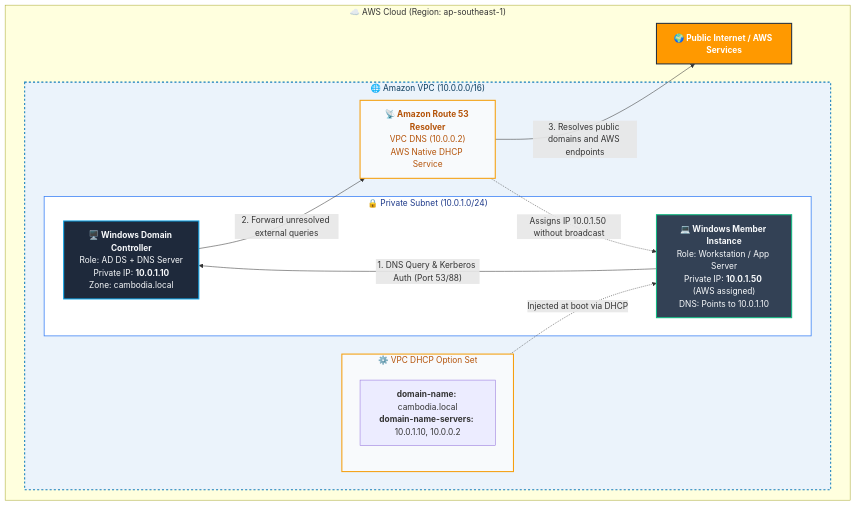
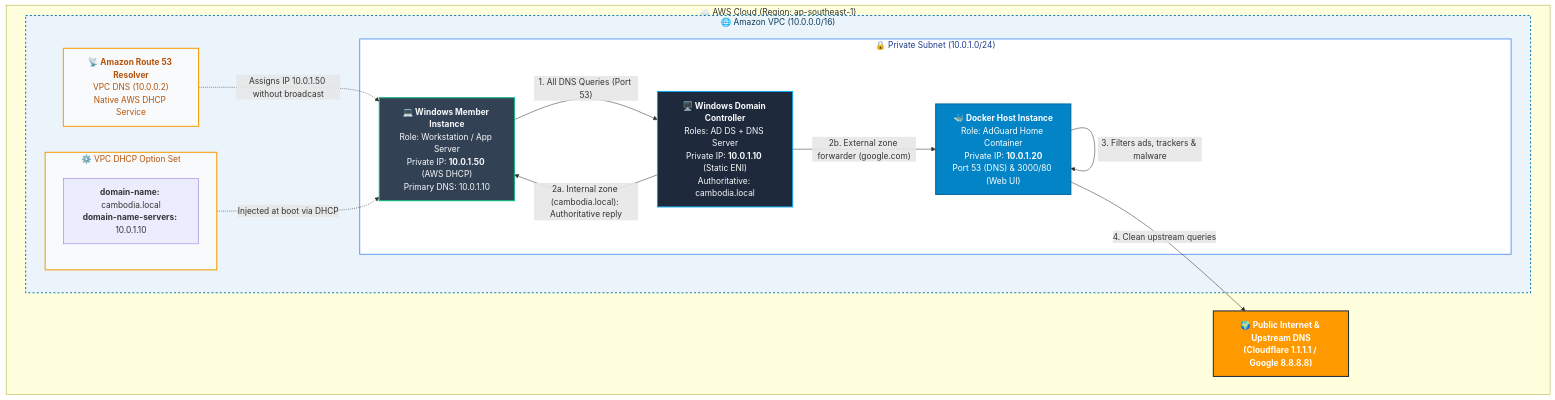
One commit to seang454/window-server-deploymennt changed the diagram in aws-dns-architecture.md. Above: the diagram before and after it, drawn with Mermaid. The commit also changed other lines of this file and 1 other file, not shown here.

````diff
--- a/aws-dns-architecture.md
+++ b/aws-dns-architecture.md
@@ -19,44 +15,49 @@
 ```mermaid
 flowchart TB
     %% Styling Definitions
     classDef aws fill:#FF9900,stroke:#232F3E,stroke-width:2px,color:#FFFFFF,font-weight:bold;
     classDef vpc fill:#EBF3FB,stroke:#147EBA,stroke-width:2px,stroke-dasharray: 4 4,color:#0B3C5D;
     classDef subnet fill:#FFFFFF,stroke:#3B82F6,stroke-width:1.5px,color:#1E3A8A;
     classDef server fill:#1E293B,stroke:#0EA5E9,stroke-width:2px,color:#F8FAFC;
+    classDef docker fill:#0284C7,stroke:#0369A1,stroke-width:2px,color:#FFFFFF;
     classDef client fill:#334155,stroke:#10B981,stroke-width:2px,color:#F8FAFC;
     classDef awsService fill:#F8FAFC,stroke:#F59E0B,stroke-width:2px,color:#B45309;
 
     subgraph AWSCloud ["☁️ AWS Cloud (Region: ap-southeast-1)"]
         
         subgraph VPC ["🌐 Amazon VPC (10.0.0.0/16)"]
             
             subgraph DHCPOpt ["⚙️ VPC DHCP Option Set"]
-                DHCPOptInfo["<b>domain-name:</b> cambodia.local<br/><b>domain-name-servers:</b> 10.0.1.10, 10.0.0.2"]
+                DHCPOptInfo["<b>domain-name:</b> cambodia.local<br/><b>domain-name-servers:</b> 10.0.1.10"]
             end
             
             subgraph SubnetPriv ["🔒 Private Subnet (10.0.1.0/24)"]
                 
-                DC["<b>🖥️ Windows Domain Controller</b><br/>Role: AD DS + DNS Server<br/>Private IP: <b>10.0.1.10</b><br/>Zone: cambodia.local"]:::server
+                Client["<b>💻 Windows Member Instance</b><br/>Role: Workstation / App Server<br/>Private IP: <b>10.0.1.50</b> (AWS DHCP)<br/>Primary DNS: 10.0.1.10"]:::client
+
+                DC["<b>🖥️ Windows Domain Controller</b><br/>Roles: AD DS + DNS Server<br/>Private IP: <b>10.0.1.10</b> (Static ENI)<br/>Authoritative: cambodia.local"]:::server
                 
-                Client["<b>💻 Windows Member Instance</b><br/>Role: Workstation / App Server<br/>Private IP: <b>10.0.1.50</b> (AWS assigned)<br/>DNS: Points to 10.0.1.10"]:::client
+                DockerHost["<b>🐳 Docker Host Instance</b><br/>Role: AdGuard Home Container<br/>Private IP: <b>10.0.1.20</b><br/>Port 53 (DNS) & 3000/80 (Web UI)"]:::docker
                 
             end
             
-            Route53Res["<b>📡 Amazon Route 53 Resolver</b><br/>VPC DNS (10.0.0.2)<br/>AWS Native DHCP Service"]:::awsService
+            Route53Res["<b>📡 Amazon Route 53 Resolver</b><br/>VPC DNS (10.0.0.2)<br/>Native AWS DHCP Service"]:::awsService
             
         end
         
-        Internet["🌍 Public Internet / AWS Services"]:::aws
+        Internet["🌍 Public Internet & Upstream DNS<br/>(Cloudflare 1.1.1.1 / Google 8.8.8.8)"]:::aws
     end
 
     %% Flow connections
     DHCPOpt -.->|Injected at boot via DHCP| Client
-    Client -->|"1. DNS Query & Kerberos Auth (Port 53/88)"| DC
-    DC -->|2. Forward unresolved external queries| Route53Res
-    Route53Res -->|3. Resolves public domains and AWS endpoints| Internet
+    Client -->|"1. All DNS Queries (Port 53)"| DC
+    DC -->|"2a. Internal zone (cambodia.local): Authoritative reply"| Client
+    DC -->|"2b. External zone forwarder (google.com)"| DockerHost
+    DockerHost -->|"3. Filters ads, trackers & malware"| DockerHost
+    DockerHost -->|"4. Clean upstream queries"| Internet
     Route53Res -.->|Assigns IP 10.0.1.50 without broadcast| Client
 
     class VPC vpc;
     class SubnetPriv subnet;
     class DHCPOpt awsService;
 ```
````
